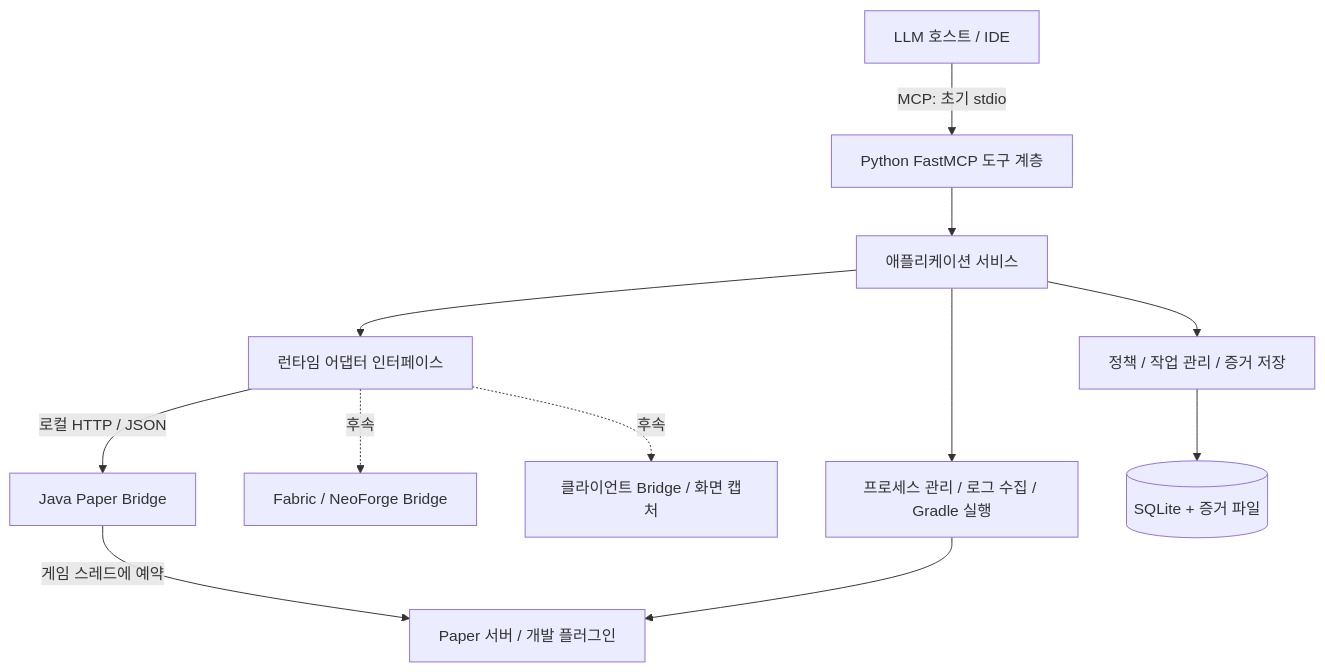
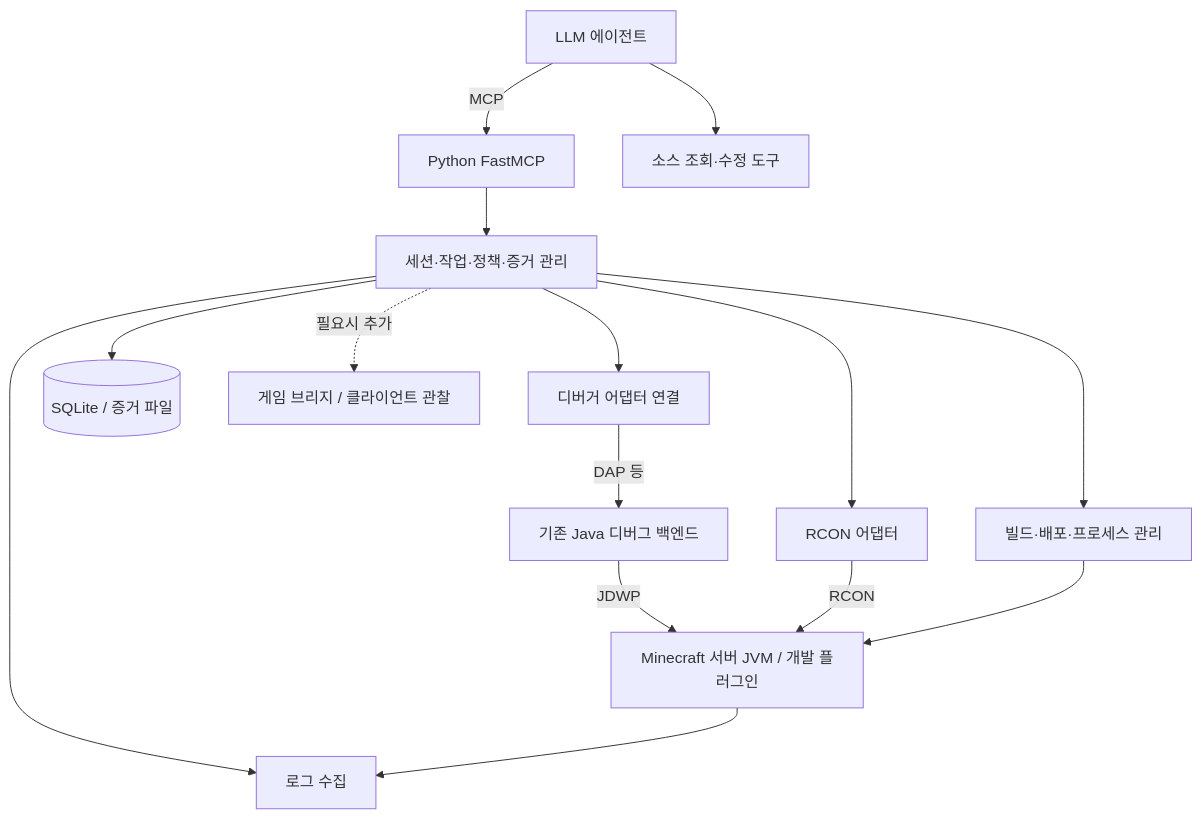
One commit to turing081226/craftmcp changed the diagram in docs/project-plan.md. Above: the diagram before and after it, drawn with Mermaid. The commit also changed other lines of this file, not shown here.

Commit message:
docs: refocus plan on RCON and JVM debugging with QA roadmap

````diff
--- a/docs/project-plan.md
+++ b/docs/project-plan.md
@@ -72,14 +72,17 @@
 ```mermaid
 flowchart TB
-    H[LLM 호스트 / IDE] -->|MCP: 초기 stdio| M[Python FastMCP 도구 계층]
-    M --> A[애플리케이션 서비스]
-    A --> P[정책 / 작업 관리 / 증거 저장]
-    A --> I[런타임 어댑터 인터페이스]
-    I -->|로컬 HTTP / JSON| B[Java Paper Bridge]
-    B -->|게임 스레드에 예약| S[Paper 서버 / 개발 플러그인]
-    I -. 후속 .-> F[Fabric / NeoForge Bridge]
-    I -. 후속 .-> C[클라이언트 Bridge / 화면 캡처]
-    A --> L[프로세스 관리 / 로그 수집 / Gradle 실행]
-    L --> S
-    P --> D[(SQLite + 증거 파일)]
+    A[LLM 에이전트] -->|MCP| M[Python FastMCP]
+    A --> F[소스 조회·수정 도구]
+    M --> S[세션·작업·정책·증거 관리]
+    S --> R[RCON 어댑터]
+    S --> D[디버거 어댑터 연결]
+    S --> L[로그 수집]
+    S --> B[빌드·배포·프로세스 관리]
+    D -->|DAP 등| J[기존 Java 디버그 백엔드]
+    J -->|JDWP| V[Minecraft 서버 JVM / 개발 플러그인]
+    R -->|RCON| V
+    V --> L
+    B --> V
+    S --> E[(SQLite / 증거 파일)]
+    S -. 필요시 추가 .-> G[게임 브리지 / 클라이언트 관찰]
 ```
````
